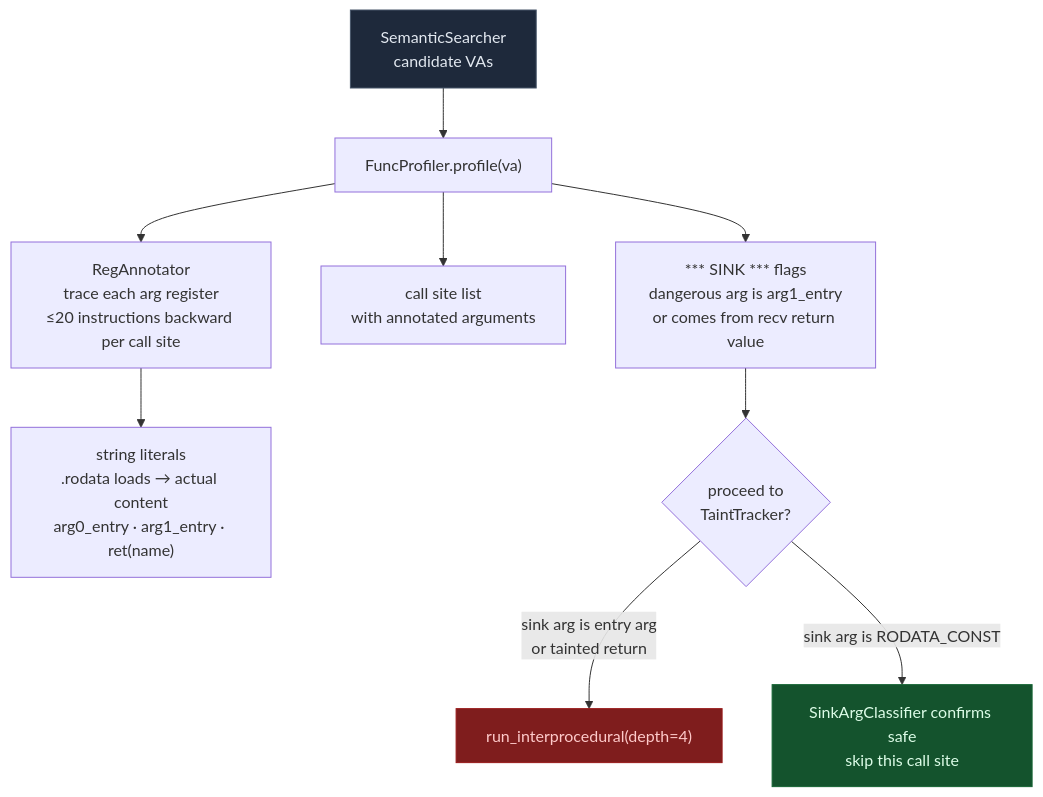
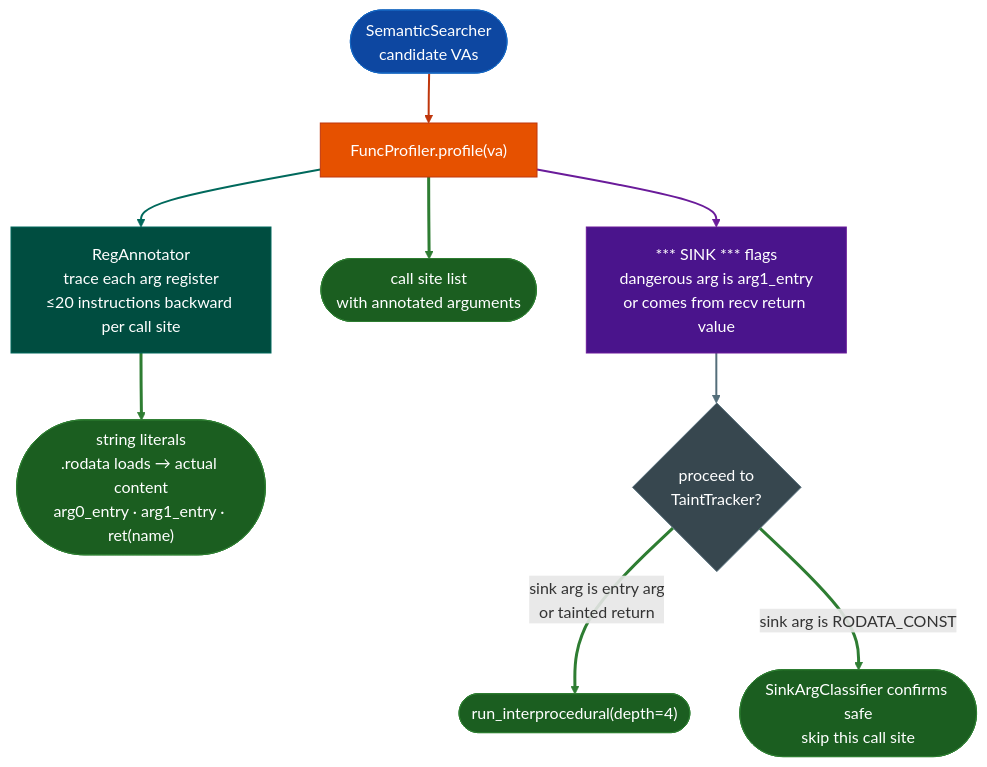
One commit to Ablation-Tool/ablation changed the fourth of 22 diagrams in docs/overview.md. Above: the diagram before and after it, drawn with Mermaid. The commit also changed other lines of this file and 320 other files, not shown here.

First line of the commit message:
docs: apply canonical Mermaid template to all 321 diagrams

````diff
--- a/docs/overview.md
+++ b/docs/overview.md
@@ -110,15 +134,25 @@
 ```mermaid
 flowchart TD
-    A["SemanticSearcher\ncandidate VAs"] --> B["FuncProfiler.profile(va)"]
-    B --> C["RegAnnotator\ntrace each arg register\n≤20 instructions backward per call site"]
-    C --> D["string literals\n.rodata loads → actual content\narg0_entry · arg1_entry · ret(name)"]
-    B --> E["call site list\nwith annotated arguments"]
-    B --> F["*** SINK *** flags\ndangerous arg is arg1_entry\nor comes from recv return value"]
-    F --> G{"proceed to\nTaintTracker?"}
-    G -->|"sink arg is entry arg\nor tainted return"| H["run_interprocedural(depth=4)"]
-    G -->|"sink arg is RODATA_CONST"| I["SinkArgClassifier confirms safe\nskip this call site"]
-
-    style A fill:#1e293b,stroke:#475569,color:#e2e8f0
-    style H fill:#7f1d1d,stroke:#991b1b,color:#fecaca
-    style I fill:#14532d,stroke:#166534,color:#dcfce7
+    A(["SemanticSearcher\ncandidate VAs"]):::input --> B["FuncProfiler.profile(va)"]:::primary
+    B:::primary --> C["RegAnnotator\ntrace each arg register\n≤20 instructions backward per call site"]:::secondary
+    C:::secondary --> D(["string literals\n.rodata loads → actual content\narg0_entry · arg1_entry · ret(name)"]):::output
+    B:::primary --> E(["call site list\nwith annotated arguments"]):::output
+    B:::primary --> F["*** SINK *** flags\ndangerous arg is arg1_entry\nor comes from recv return value"]:::tertiary
+    F:::tertiary --> G{"proceed to\nTaintTracker?"}:::neutral
+    G:::neutral -->|"sink arg is entry arg\nor tainted return"| H(["run_interprocedural(depth=4)"]):::output
+    G:::neutral -->|"sink arg is RODATA_CONST"| I(["SinkArgClassifier confirms safe\nskip this call site"]):::output
+    classDef input     fill:#0d47a1,stroke:#1565c0,color:#fff
+    classDef primary   fill:#e65100,stroke:#bf360c,color:#fff
+    classDef secondary fill:#004d40,stroke:#00695c,color:#fff
+    classDef tertiary  fill:#4a148c,stroke:#6a1b9a,color:#fff
+    classDef neutral   fill:#37474f,stroke:#546e7a,color:#fff
+    classDef output    fill:#1b5e20,stroke:#2e7d32,color:#fff
+    linkStyle 0 stroke:#bf360c,stroke-width:2px
+    linkStyle 1 stroke:#00695c,stroke-width:2px
+    linkStyle 2 stroke:#2e7d32,stroke-width:3px
+    linkStyle 3 stroke:#2e7d32,stroke-width:3px
+    linkStyle 4 stroke:#6a1b9a,stroke-width:2px
+    linkStyle 5 stroke:#546e7a,stroke-width:2px
+    linkStyle 6 stroke:#2e7d32,stroke-width:3px
+    linkStyle 7 stroke:#2e7d32,stroke-width:3px
 ```
````
